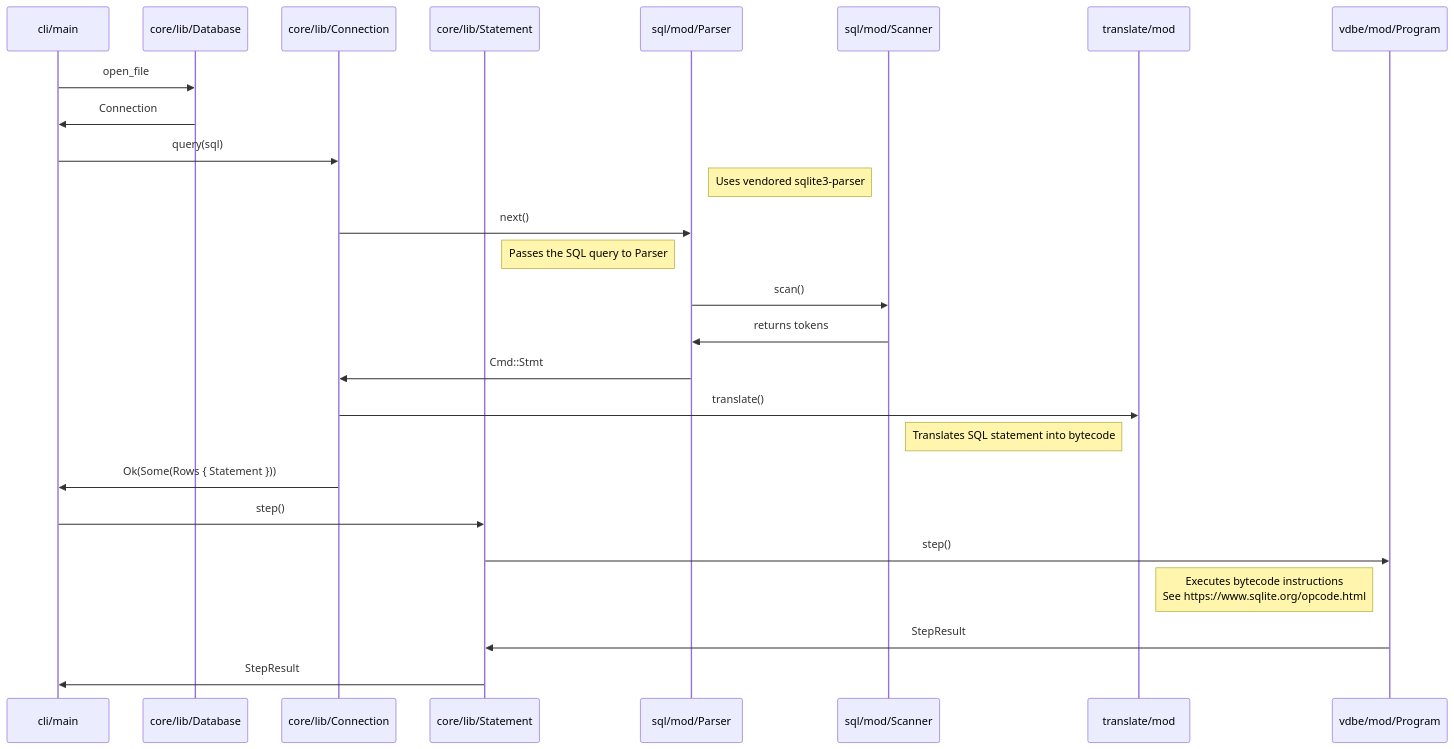
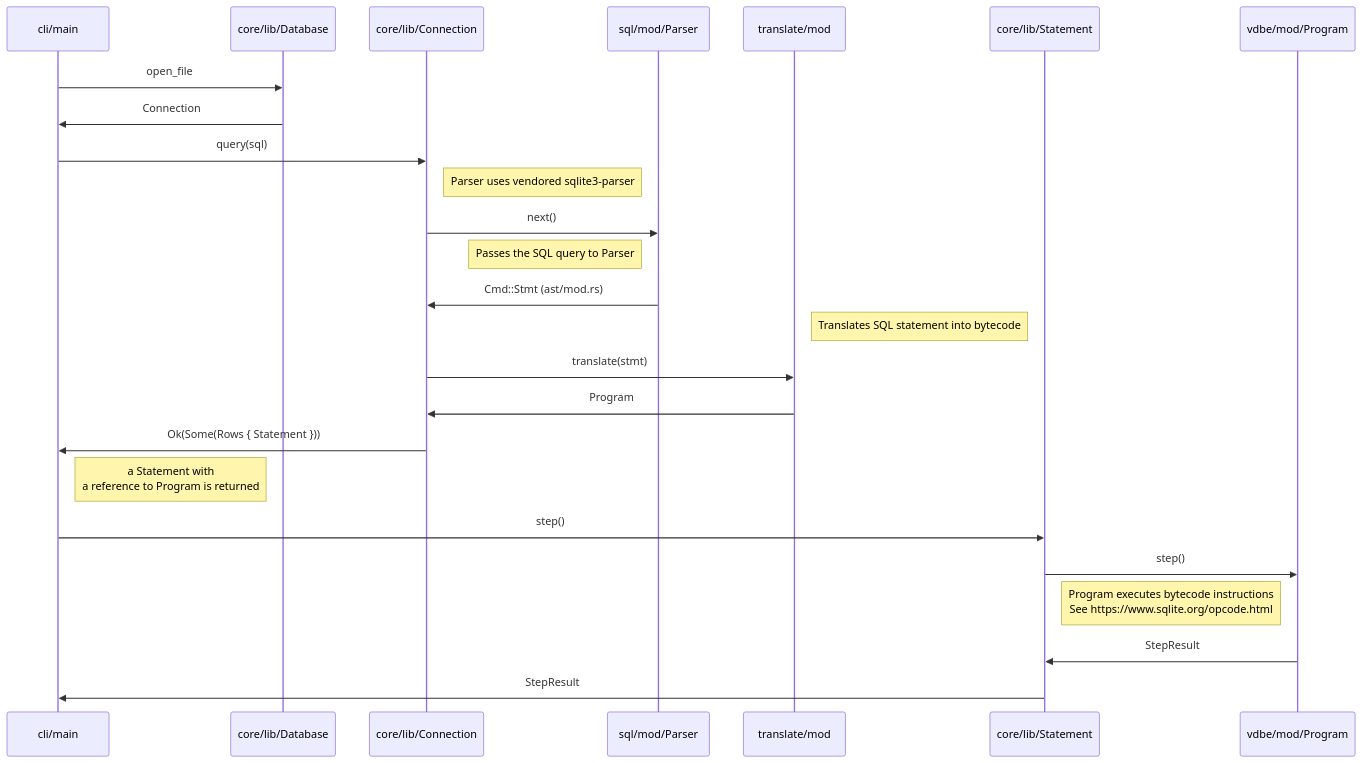
Before and after one commit to penberg/limbo: the diagram in docs/internals/typical_query.md, drawn with Mermaid.

Commit message:
Update diagram

````diff
--- a/docs/internals/typical_query.md
+++ b/docs/internals/typical_query.md
@@ -3,35 +3,35 @@
 ```mermaid
 sequenceDiagram
 
 participant main as cli/main
 participant Database as core/lib/Database
 participant Connection as core/lib/Connection
+participant Parser as sql/mod/Parser
+participant translate as translate/mod
 participant Statement as core/lib/Statement
-participant Parser as sql/mod/Parser
-participant Scanner as sql/mod/Scanner
-participant translate as translate/mod
 participant Program as vdbe/mod/Program
 
 main->>Database: open_file
 Database->>main: Connection
 main->>Connection: query(sql)
-Note right of Parser: Uses vendored sqlite3-parser
+Note left of Parser: Parser uses vendored sqlite3-parser
 Connection->>Parser: next()
 Note left of Parser: Passes the SQL query to Parser
 
-Parser->>Scanner: scan()
-Scanner->>Parser: returns tokens
+Parser->>Connection: Cmd::Stmt (ast/mod.rs)
 
+Note right of translate: Translates SQL statement into bytecode
+Connection->>translate:translate(stmt)
 
-Parser->>Connection: Cmd::Stmt
-Connection->>translate:translate() 
-
-Note left of translate: Translates SQL statement into bytecode
+translate->>Connection: Program 
 
 Connection->>main: Ok(Some(Rows { Statement }))
+
+note right of main: a Statement with <br />a reference to Program is returned
+
 main->>Statement: step()
 Statement->>Program: step()
-Note left of Program: Executes bytecode instructions<br />See https://www.sqlite.org/opcode.html
+Note left of Program: Program executes bytecode instructions<br />See https://www.sqlite.org/opcode.html
 Program->>Statement: StepResult
 Statement->>main: StepResult
 ```
````
